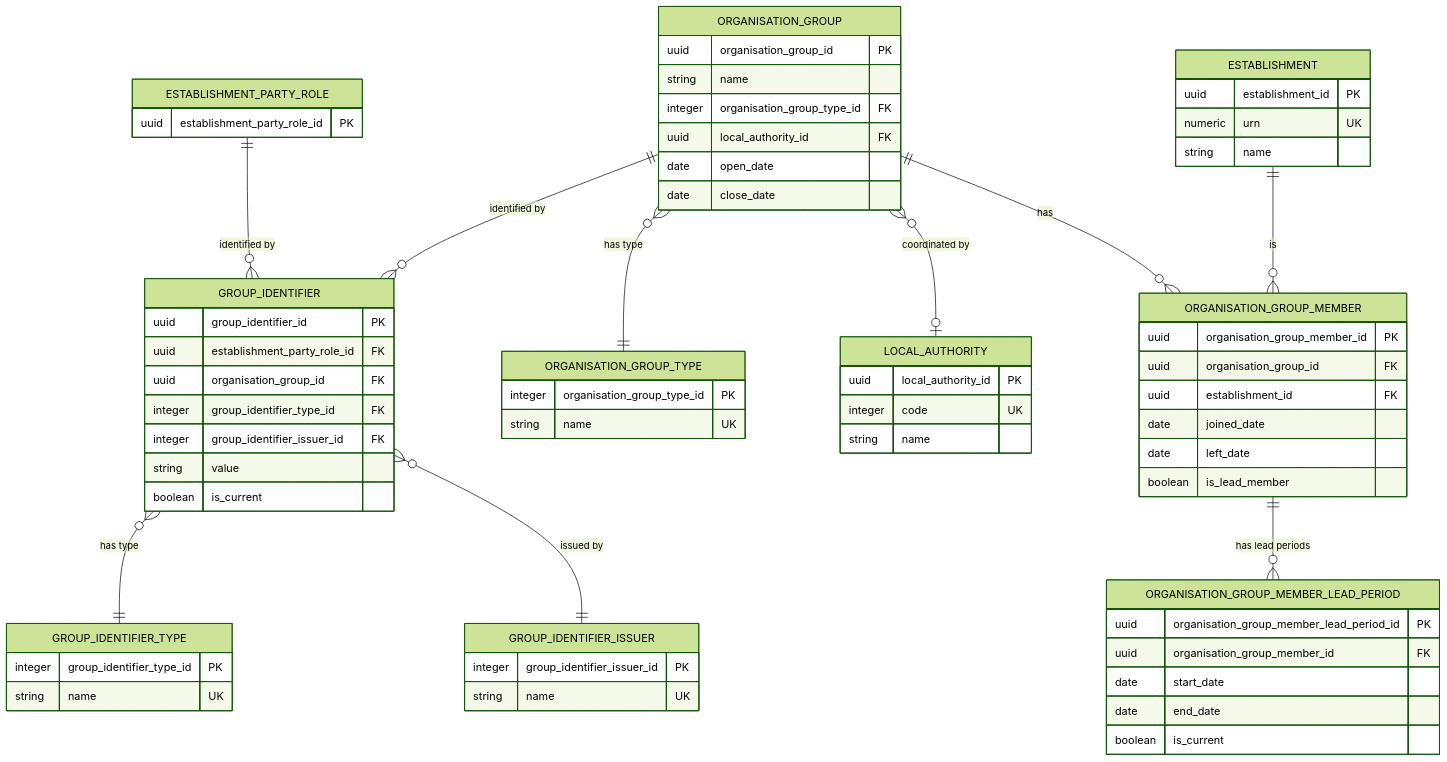
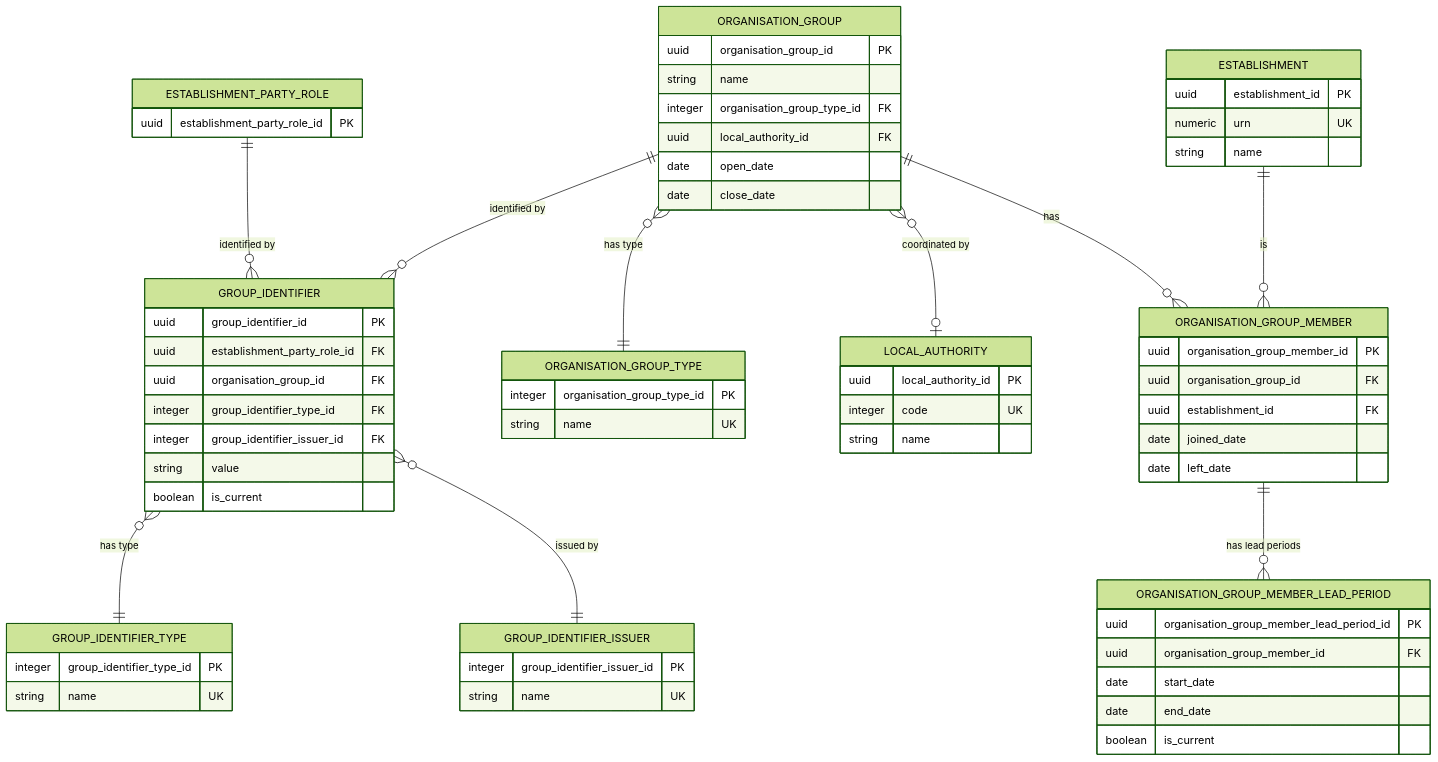
Before and after one commit to DFE-Digital/education-provider-registry-docs: the second of 2 diagrams in models/logical/establishment/establishment-groups-logical-model.md, drawn with Mermaid (forest theme). The commit also changed other lines of this file and 63 other files, not shown here.

````diff
--- a/models/logical/establishment/establishment-groups-logical-model.md
+++ b/models/logical/establishment/establishment-groups-logical-model.md
@@ -505,70 +505,69 @@
 ```mermaid
 erDiagram
     ESTABLISHMENT_PARTY_ROLE ||--o{ GROUP_IDENTIFIER : "identified by"
     ORGANISATION_GROUP ||--o{ GROUP_IDENTIFIER : "identified by"
     GROUP_IDENTIFIER }o--|| GROUP_IDENTIFIER_TYPE : "has type"
     GROUP_IDENTIFIER }o--|| GROUP_IDENTIFIER_ISSUER : "issued by"
     ORGANISATION_GROUP }o--|| ORGANISATION_GROUP_TYPE : "has type"
     ORGANISATION_GROUP }o--o| LOCAL_AUTHORITY : "coordinated by"
     ORGANISATION_GROUP ||--o{ ORGANISATION_GROUP_MEMBER : "has"
     ESTABLISHMENT ||--o{ ORGANISATION_GROUP_MEMBER : "is"
     ORGANISATION_GROUP_MEMBER ||--o{ ORGANISATION_GROUP_MEMBER_LEAD_PERIOD : "has lead periods"
 
     ESTABLISHMENT_PARTY_ROLE {
         uuid establishment_party_role_id PK
     }
     ORGANISATION_GROUP {
         uuid organisation_group_id PK
         string name
         integer organisation_group_type_id FK
         uuid local_authority_id FK
         date open_date
         date close_date
     }
     ORGANISATION_GROUP_TYPE {
         integer organisation_group_type_id PK
         string name UK
     }
     ORGANISATION_GROUP_MEMBER {
         uuid organisation_group_member_id PK
         uuid organisation_group_id FK
         uuid establishment_id FK
         date joined_date
         date left_date
-        boolean is_lead_member
     }
     ORGANISATION_GROUP_MEMBER_LEAD_PERIOD {
         uuid organisation_group_member_lead_period_id PK
         uuid organisation_group_member_id FK
         date start_date
         date end_date
         boolean is_current
     }
     GROUP_IDENTIFIER {
         uuid group_identifier_id PK
         uuid establishment_party_role_id FK
         uuid organisation_group_id FK
         integer group_identifier_type_id FK
         integer group_identifier_issuer_id FK
         string value
         boolean is_current
     }
     GROUP_IDENTIFIER_TYPE {
         integer group_identifier_type_id PK
         string name UK
     }
     GROUP_IDENTIFIER_ISSUER {
         integer group_identifier_issuer_id PK
         string name UK
     }
     ESTABLISHMENT {
         uuid establishment_id PK
         numeric urn UK
         string name
     }
     LOCAL_AUTHORITY {
         uuid local_authority_id PK
         integer code UK
         string name
     }
 ```
````
